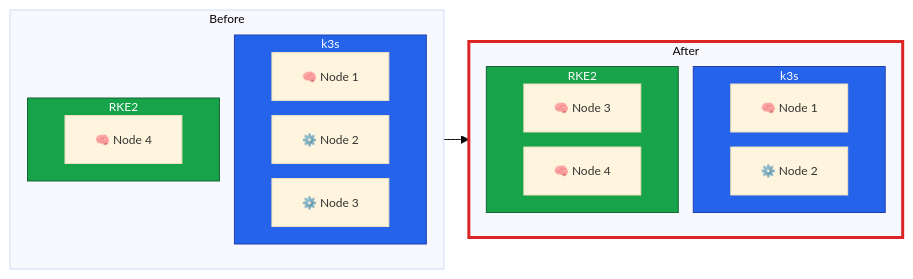
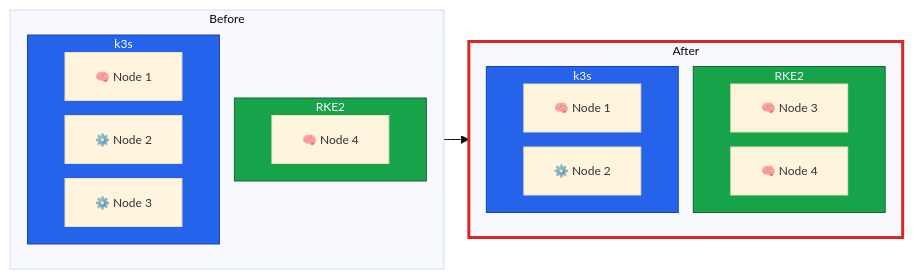
The second of 5 diagrams in guides/migrating-k3s-to-rke2-without-downtime/lesson-1.md (philprime/philprime.dev), drawn with Mermaid before and after one commit. The commit also changed other lines of this file and 20 other files, not shown here.

Commit message:
dualstack, mermaid, cleanup

````diff
--- a/guides/migrating-k3s-to-rke2-without-downtime/lesson-1.md
+++ b/guides/migrating-k3s-to-rke2-without-downtime/lesson-1.md
@@ -106,36 +108,36 @@
 ```mermaid!
 %%{init: {"theme": "base", "flowchart": {"nodeSpacing": 15, "rankSpacing": 25}, "themeVariables": {"fontSize": "12px"}}}%%
 flowchart LR
 classDef clusterA fill:#2563eb,color:#ffffff,stroke:#1e40af
 classDef clusterB fill:#16a34a,color:#ffffff,stroke:#166534
 classDef critical stroke:#dc2626,stroke-width:3px
 
 subgraph before["Before"]
   direction TB
+  subgraph bB["RKE2"]
+    bB4["🧠 Node 4"]
+  end
   subgraph bA["k3s"]
     bA1["🧠 Node 1"]
     bA2["⚙️ Node 2"]
     bA3["⚙️ Node 3"]
   end
-  subgraph bB["RKE2"]
-    bB4["🧠 Node 4"]
-  end
 end
 
 subgraph after["After"]
   direction TB
+  subgraph aB["RKE2"]
+    aB3["🧠 Node 3"]
+    aB4["🧠 Node 4"]
+  end
   subgraph aA["k3s"]
     aA1["🧠 Node 1"]
     aA2["⚙️ Node 2"]
-  end
-  subgraph aB["RKE2"]
-    aB3["🧠 Node 3"]
-    aB4["🧠 Node 4"]
   end
 end
 
 before --> after
 class bA,aA clusterA
 class bB,aB clusterB
 class after critical
 ```
````
